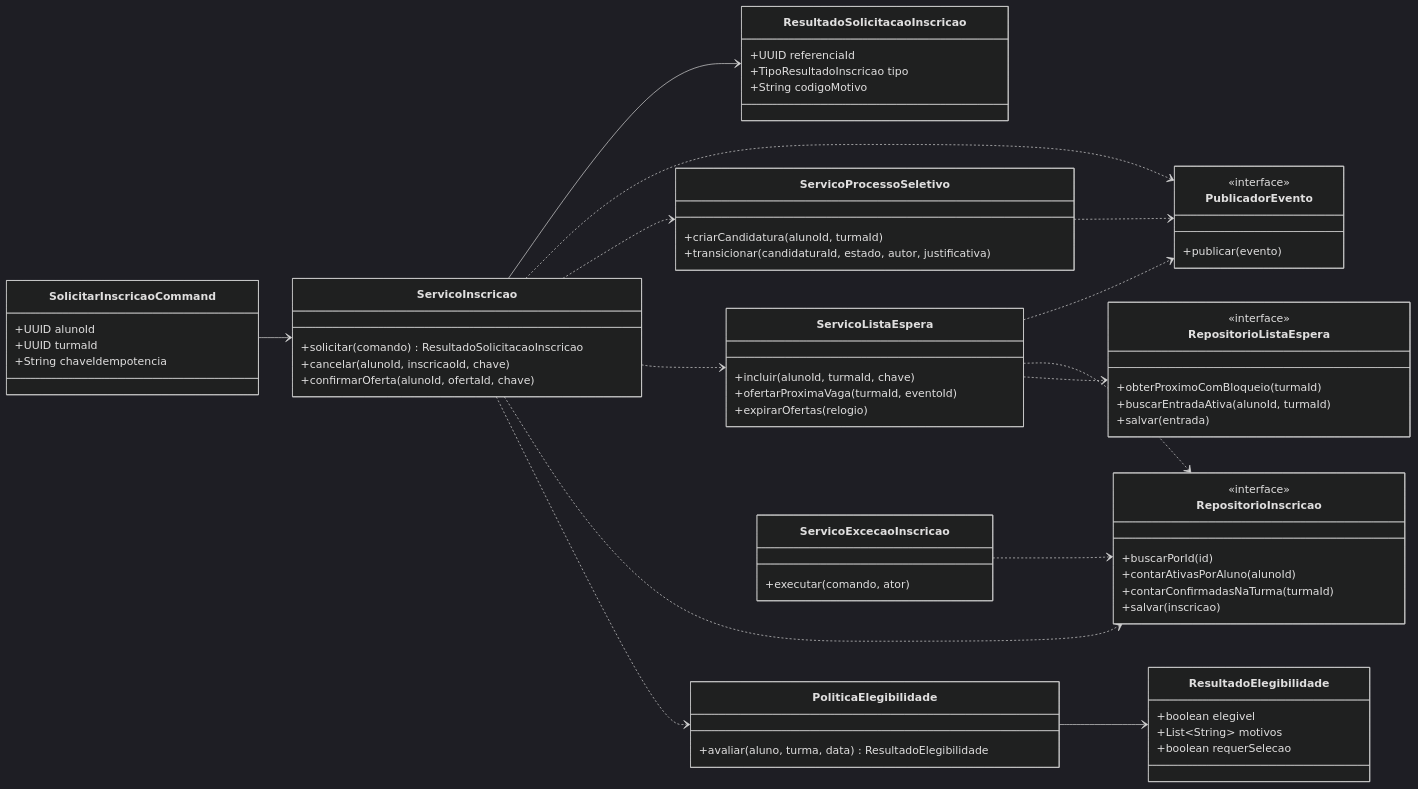
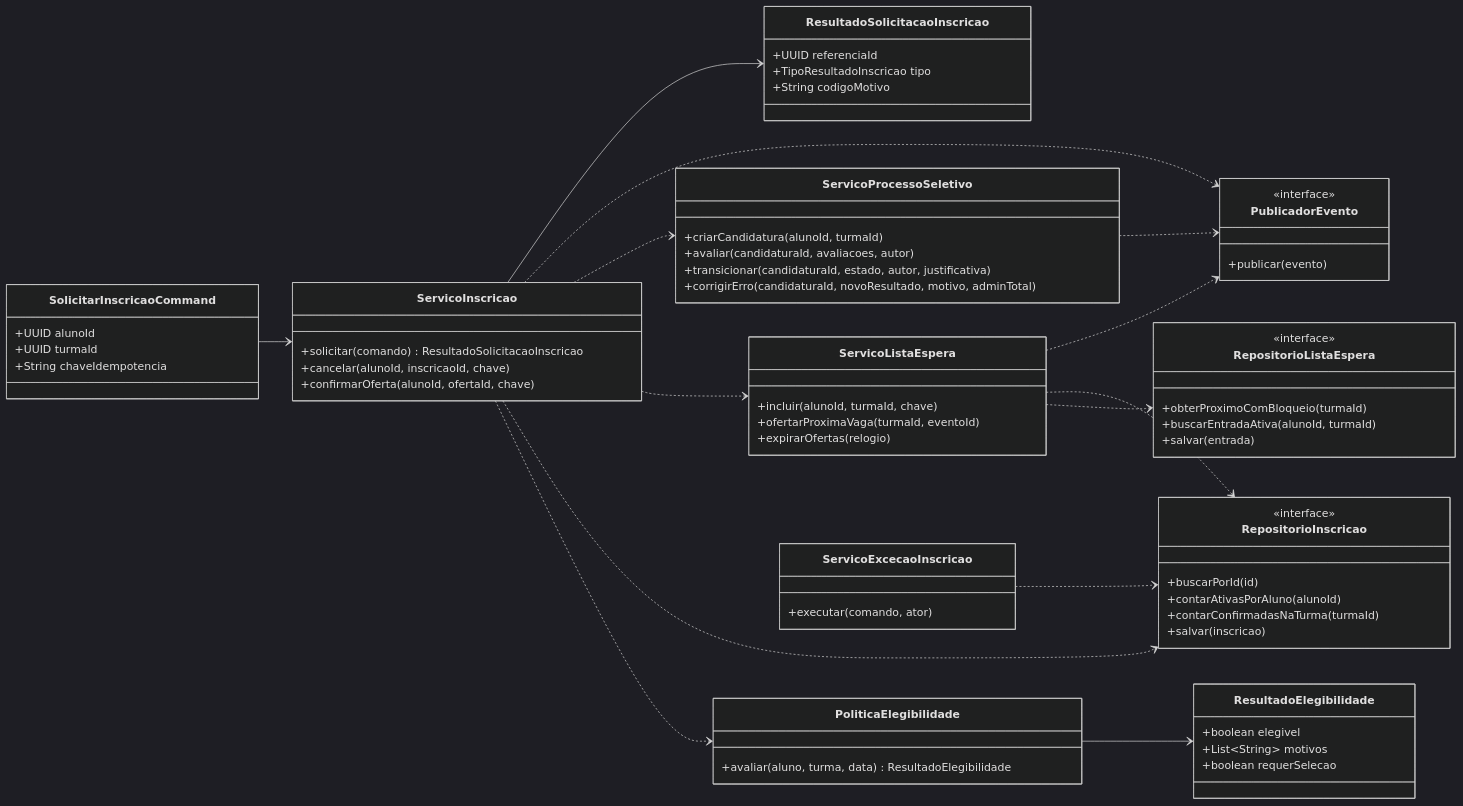
Before and after one commit to HeitorLeite/SIDESP: the fifth of 10 diagrams in docs/CLASSES_OU_COMPONENTES.md, drawn with Mermaid (dark theme). The commit also changed other lines of this file and 3 other files, not shown here.

```diff
--- a/docs/CLASSES_OU_COMPONENTES.md
+++ b/docs/CLASSES_OU_COMPONENTES.md
@@ -555,7 +742,9 @@
 
     class ServicoProcessoSeletivo {
         +criarCandidatura(alunoId, turmaId)
+        +avaliar(candidaturaId, avaliacoes, autor)
         +transicionar(candidaturaId, estado, autor, justificativa)
+        +corrigirErro(candidaturaId, novoResultado, motivo, adminTotal)
     }
 
     class ServicoExcecaoInscricao {
```
